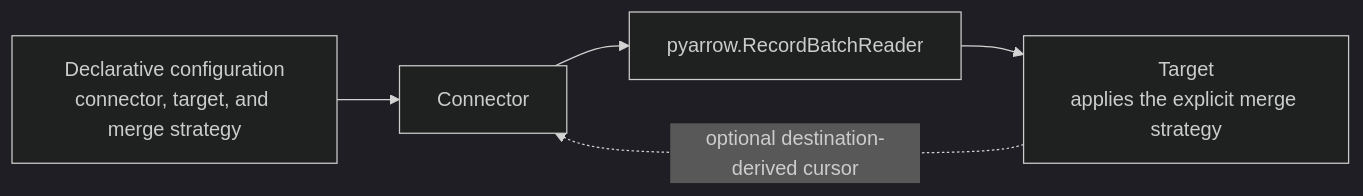
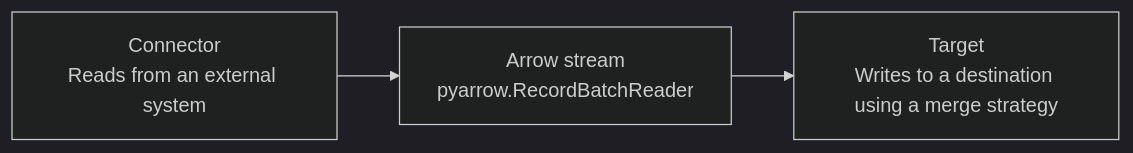
One commit to maas-vansteenbergen/arrow-ingest changed the diagram in README.md. Above: the diagram before and after it, drawn with Mermaid (dark theme). The commit also changed other lines of this file, not shown here.

Commit message:
Increase clarity

````diff
--- a/README.md
+++ b/README.md
@@ -15,12 +15,9 @@
 ```mermaid
 flowchart LR
-    Config["Declarative configuration<br/>connector, target, and merge strategy"]
-    Connector["Connector"]
-    Stream["pyarrow.RecordBatchReader"]
-    Target["Target<br/>applies the explicit merge strategy"]
+    Connector["Connector<br/>Reads from an external system"]
+    Stream["Arrow stream<br/>pyarrow.RecordBatchReader"]
+    Target["Target<br/>Writes to a destination using a merge strategy"]
 
-    Config --> Connector
     Connector --> Stream
     Stream --> Target
-    Target -. "optional destination-derived cursor" .-> Connector
 ```
````
